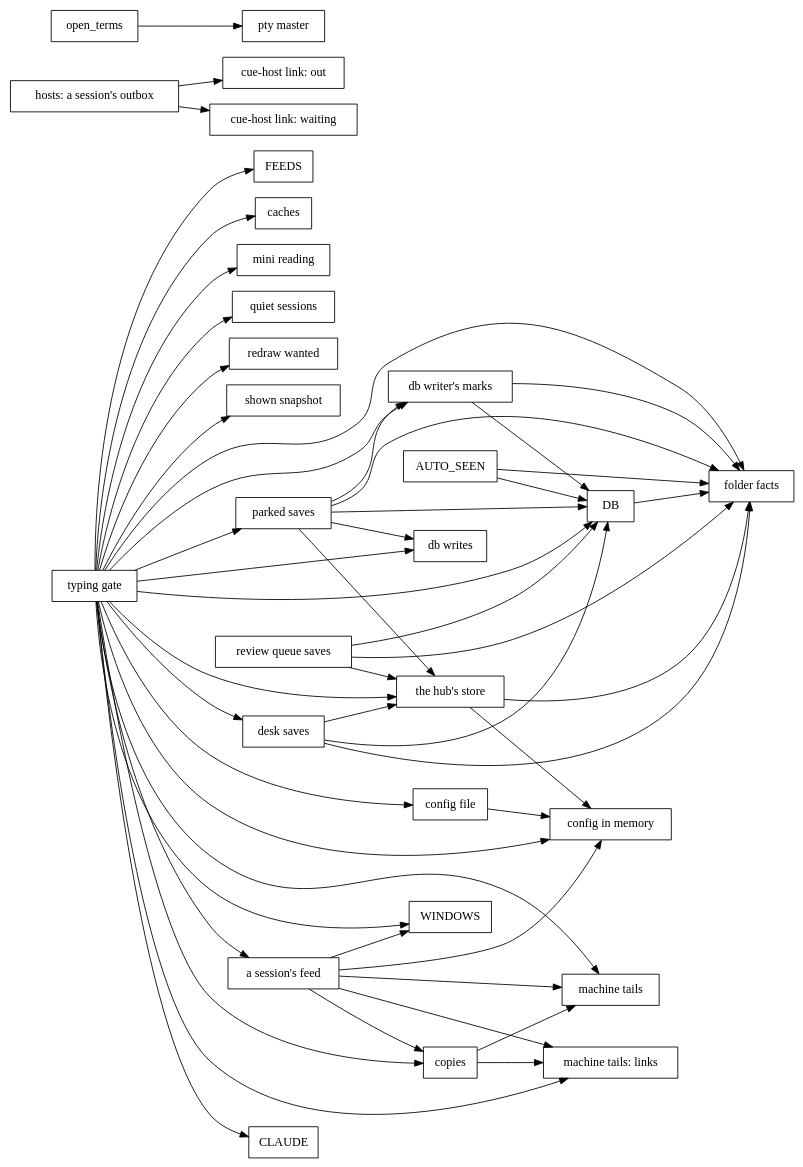
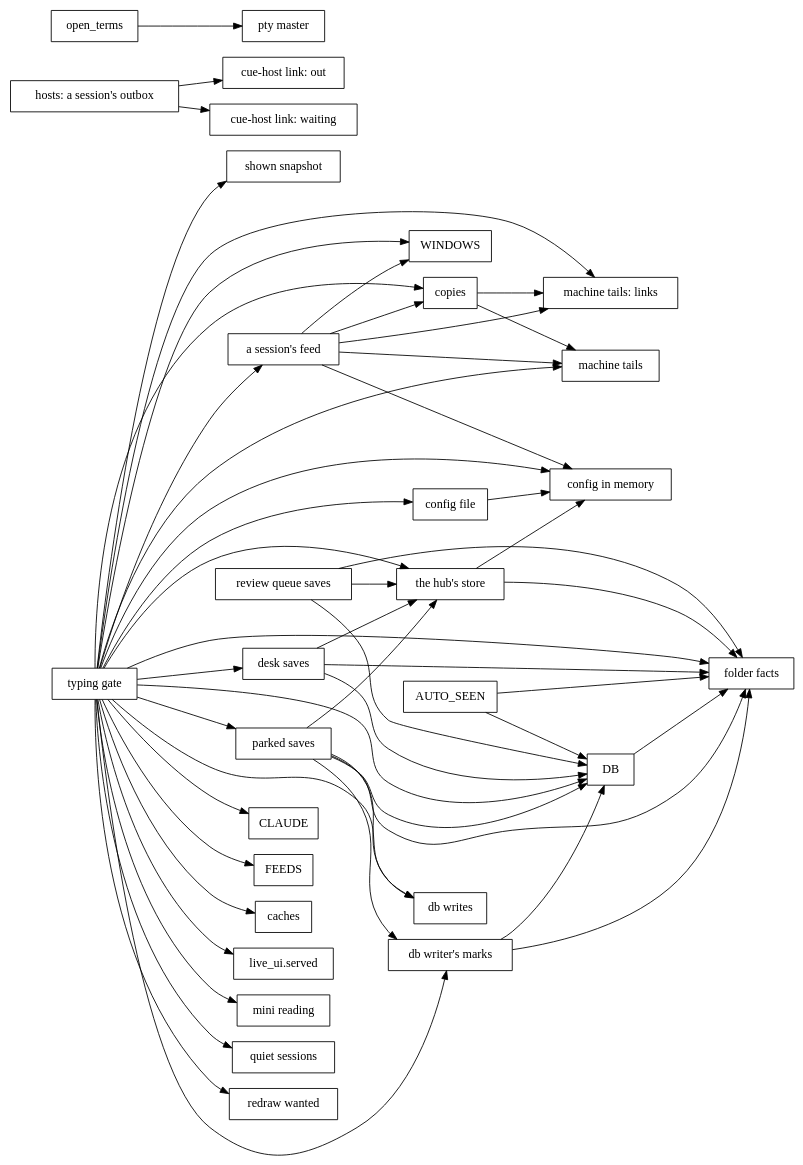
Before and after one commit to spacegrowth/cue: the diagram in docs/dev/lock-graph.dot, drawn with Graphviz. The commit also changed 12 other files, not shown here.

```diff
--- a/docs/dev/lock-graph.dot
+++ b/docs/dev/lock-graph.dot
@@ -1,55 +1,56 @@
 // Generated by `cargo run -p xtask -- inventory`; don't edit by hand.
 digraph locks {
   rankdir=LR;
   node [shape=box];
   "AUTO_SEEN" -> "DB";
   "AUTO_SEEN" -> "folder facts";
   "DB" -> "folder facts";
   "a session's feed" -> "WINDOWS";
   "a session's feed" -> "config in memory";
   "a session's feed" -> "copies";
   "a session's feed" -> "machine tails";
   "a session's feed" -> "machine tails: links";
   "config file" -> "config in memory";
   "copies" -> "machine tails";
   "copies" -> "machine tails: links";
   "db writer's marks" -> "DB";
   "db writer's marks" -> "folder facts";
   "desk saves" -> "DB";
   "desk saves" -> "folder facts";
   "desk saves" -> "the hub's store";
   "hosts: a session's outbox" -> "cue-host link: out";
   "hosts: a session's outbox" -> "cue-host link: waiting";
   "open_terms" -> "pty master";
   "parked saves" -> "DB";
   "parked saves" -> "db writer's marks";
   "parked saves" -> "db writes";
   "parked saves" -> "folder facts";
   "parked saves" -> "the hub's store";
   "review queue saves" -> "DB";
   "review queue saves" -> "folder facts";
   "review queue saves" -> "the hub's store";
   "the hub's store" -> "config in memory";
   "the hub's store" -> "folder facts";
   "typing gate" -> "CLAUDE";
   "typing gate" -> "DB";
   "typing gate" -> "FEEDS";
   "typing gate" -> "WINDOWS";
   "typing gate" -> "a session's feed";
   "typing gate" -> "caches";
   "typing gate" -> "config file";
   "typing gate" -> "config in memory";
   "typing gate" -> "copies";
   "typing gate" -> "db writer's marks";
   "typing gate" -> "db writes";
   "typing gate" -> "desk saves";
   "typing gate" -> "folder facts";
+  "typing gate" -> "live_ui.served";
   "typing gate" -> "machine tails";
   "typing gate" -> "machine tails: links";
   "typing gate" -> "mini reading";
   "typing gate" -> "parked saves";
   "typing gate" -> "quiet sessions";
   "typing gate" -> "redraw wanted";
   "typing gate" -> "shown snapshot";
   "typing gate" -> "the hub's store";
 }
```
